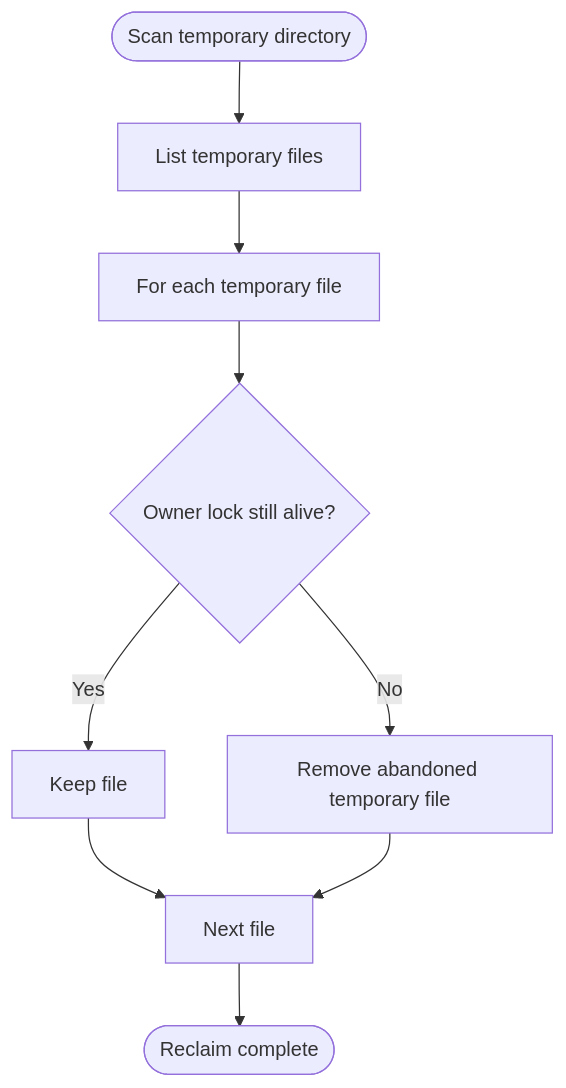
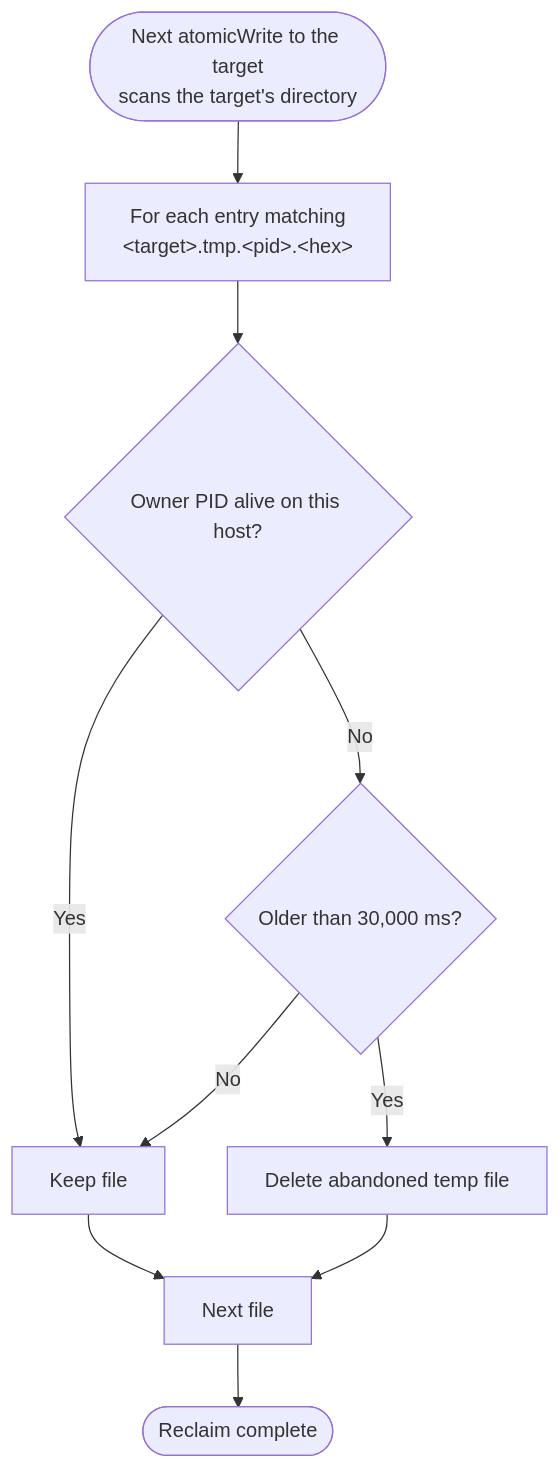
The fifth of 6 diagrams in Storage System/Atomic Write System.md (Kuldeep2822k/palee-architecture), drawn with Mermaid before and after one commit. The commit also changed other lines of this file and 7 other files, not shown here.

Commit message:
docs(storage): document real lock and atomic-write behaviour

````diff
--- a/Storage System/Atomic Write System.md
+++ b/Storage System/Atomic Write System.md
@@ -289,11 +203,12 @@
 ```mermaid
 flowchart TD
-    Scan(["Scan temporary directory"]) --> List["List temporary files"]
-    List --> ForEach["For each temporary file"]
-    ForEach --> OwnerAlive{"Owner lock still alive?"}
+    Scan(["Next atomicWrite to the target<br/>scans the target's directory"]) --> ForEach["For each entry matching<br/>&lt;target&gt;.tmp.&lt;pid&gt;.&lt;hex&gt;"]
+    ForEach --> OwnerAlive{"Owner PID alive on this host?"}
     OwnerAlive -->|Yes| Keep["Keep file"]
-    OwnerAlive -->|No| Remove["Remove abandoned temporary file"]
+    OwnerAlive -->|No| Age{"Older than 30,000 ms?"}
+    Age -->|No| Keep
+    Age -->|Yes| Remove["Delete abandoned temp file"]
     Keep --> Next["Next file"]
     Remove --> Next
     Next --> Done(["Reclaim complete"])
 ```
````
